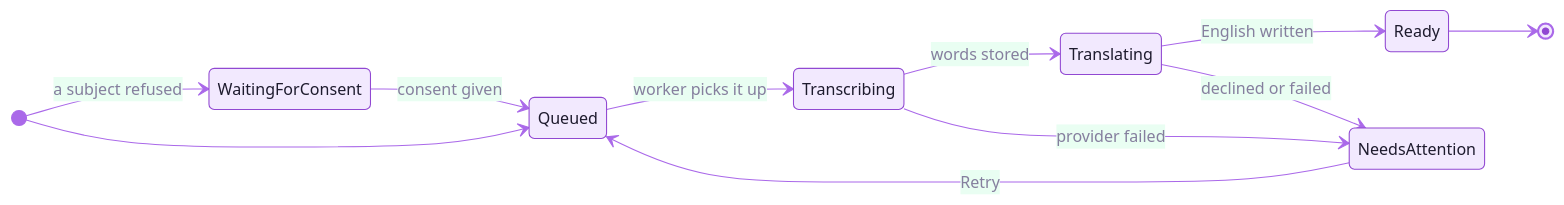
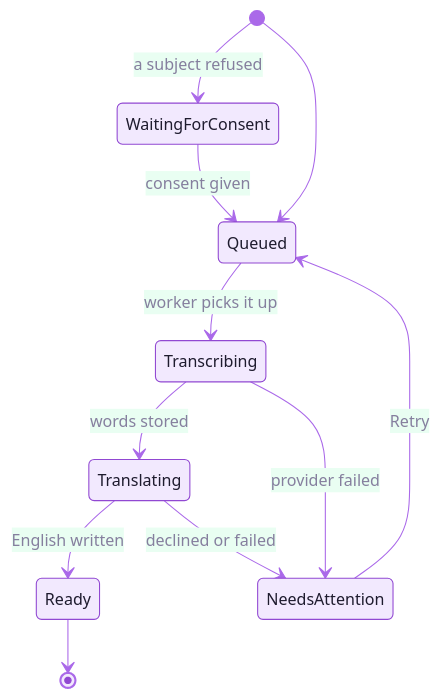
One commit to cxacraftecosystem-ui/documentation-portal changed the third of 5 diagrams in README.md. Above: the diagram before and after it, drawn with Mermaid. The commit also changed 1 other file, not shown here.

Commit message:
README showcase: the transcript state diagram reads top down again, which keeps it legible at its natural size

````diff
--- a/README.md
+++ b/README.md
@@ -150,15 +150,14 @@
 ```mermaid
 %%{init: {"theme":"base","themeVariables":{"fontFamily":"Inter, ui-sans-serif, system-ui, -apple-system, Segoe UI, Roboto, Helvetica, Arial, sans-serif","fontSize":"15px","primaryColor":"#F2E9FE","primaryTextColor":"#1E1B2E","primaryBorderColor":"#9148D2","lineColor":"#AA69E9","textColor":"#857F9E","transitionColor":"#AA69E9","transitionLabelColor":"#857F9E","stateLabelColor":"#1E1B2E","stateBkg":"#F2E9FE","compositeBackground":"#F9F5FF","compositeTitleBackground":"#F2E9FE"}}}%%
 stateDiagram-v2
-  direction LR
   [*] --> WaitingForConsent: a subject refused
   [*] --> Queued
   WaitingForConsent --> Queued: consent given
   Queued --> Transcribing: worker picks it up
   Transcribing --> Translating: words stored
   Translating --> Ready: English written
   Transcribing --> NeedsAttention: provider failed
   Translating --> NeedsAttention: declined or failed
   NeedsAttention --> Queued: Retry
   Ready --> [*]
 ```
````
